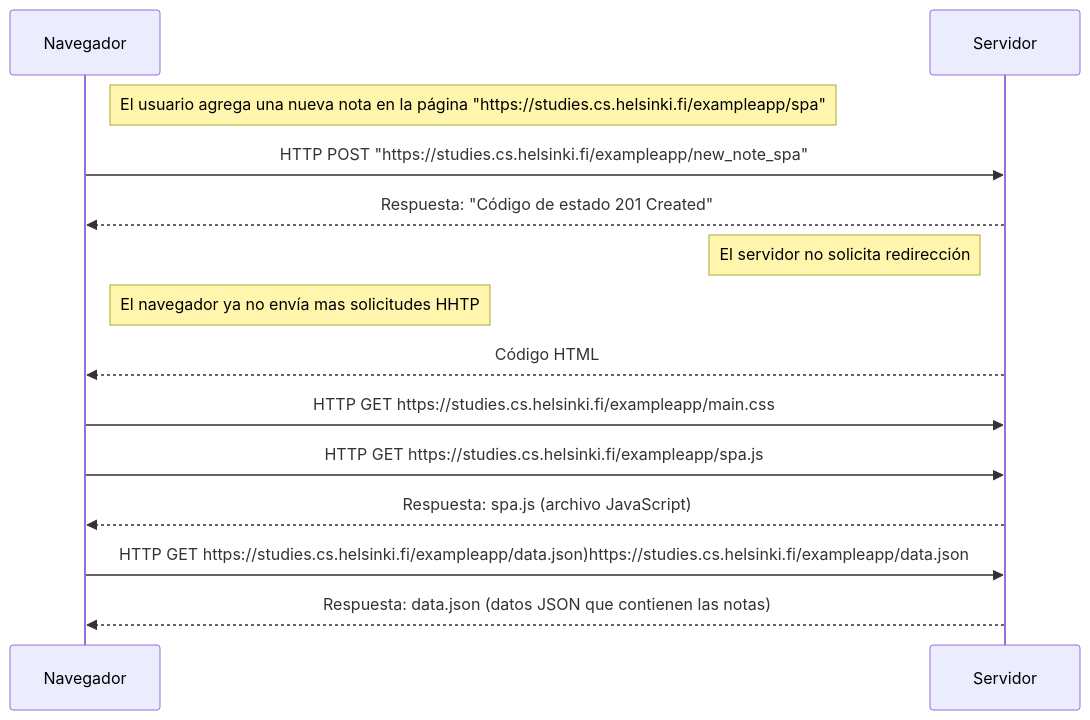
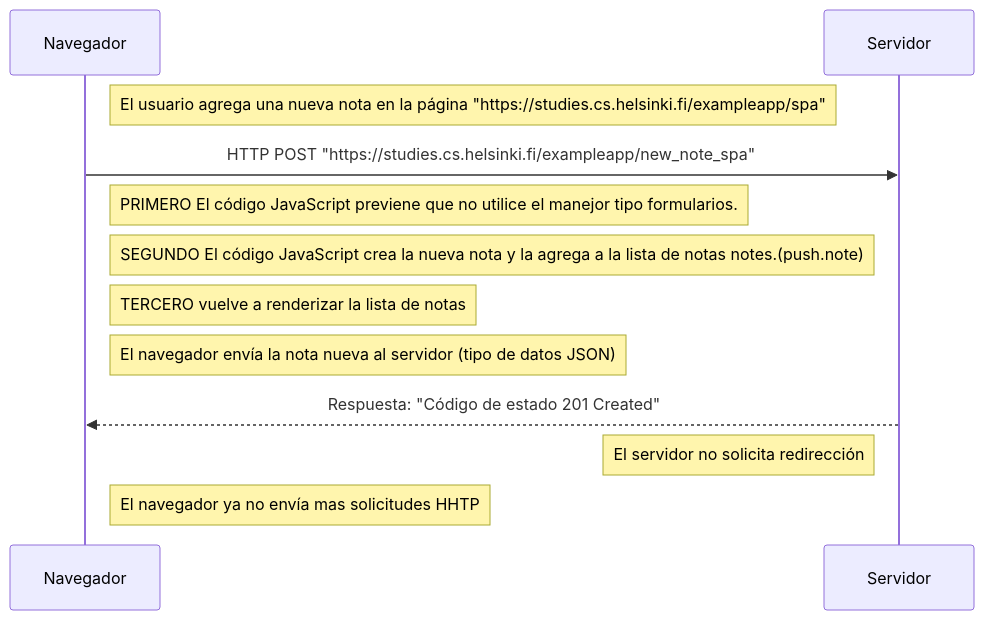
Before and after one commit to estebanrcr/FullStackOpen: the diagram in Part-0/0.6-Nueva-nota-en-diagrama-de-app-de-una-sola-pagina.md, drawn with Mermaid.

````diff
--- a/Part-0/0.6-Nueva-nota-en-diagrama-de-app-de-una-sola-pagina.md
+++ b/Part-0/0.6-Nueva-nota-en-diagrama-de-app-de-una-sola-pagina.md
@@ -1,23 +1,21 @@
 ```mermaid
 sequenceDiagram
 Participant Navegador
 Participant Servidor
 
 Note right of Navegador: El usuario agrega una nueva nota en la página "https://studies.cs.helsinki.fi/exampleapp/spa"
 Navegador ->>  Servidor: HTTP POST "https://studies.cs.helsinki.fi/exampleapp/new_note_spa"
+Note right of Navegador: PRIMERO El código JavaScript previene que no utilice el manejor tipo formularios. 
+Note right of Navegador: SEGUNDO El código JavaScript crea la nueva nota y la agrega a la lista de notas notes.(push.note)
+Note right of Navegador: TERCERO vuelve a renderizar la lista de notas
+Note right of Navegador: El navegador envía la nota nueva al servidor (tipo de datos JSON)
+
 Servidor -->> Navegador: Respuesta: "Código de estado 201 Created"
 Note left of Servidor: El servidor no solicita redirección
 Note right of Navegador: El navegador ya no envía mas solicitudes HHTP
 
 
 
 
-Servidor -->> Navegador: Código HTML
-Navegador ->>  Servidor: HTTP GET https://studies.cs.helsinki.fi/exampleapp/main.css
-Navegador ->>  Servidor:  HTTP GET https://studies.cs.helsinki.fi/exampleapp/spa.js
-Servidor -->> Navegador: Respuesta: spa.js (archivo JavaScript)
-Navegador ->>  Servidor: HTTP GET https://studies.cs.helsinki.fi/exampleapp/data.json)https://studies.cs.helsinki.fi/exampleapp/data.json
-Servidor -->> Navegador: Respuesta: data.json (datos JSON que contienen las notas)
-
 
 ```
````
